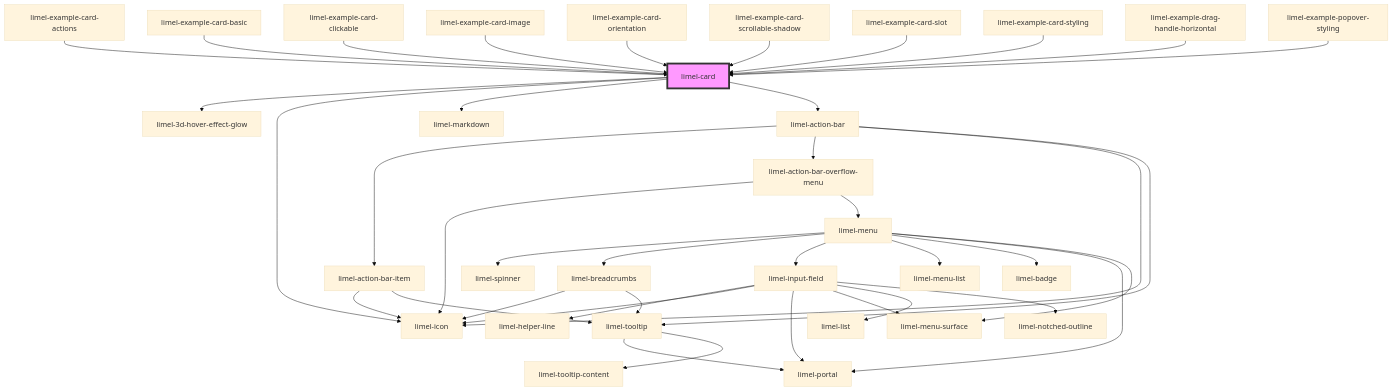
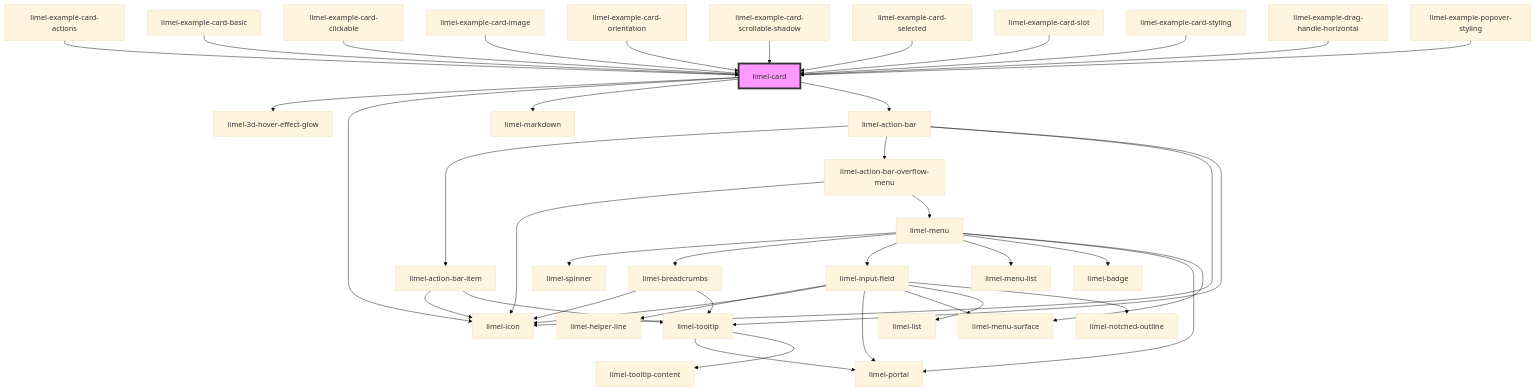
Before and after one commit to Lundalogik/lime-elements: the diagram in versions/PR-3818/markdown-docs/components/card/readme.md, drawn with Mermaid (base theme). The commit also changed other lines of this file and 455 other files, not shown here.

````diff
--- a/versions/PR-3818/markdown-docs/components/card/readme.md
+++ b/versions/PR-3818/markdown-docs/components/card/readme.md
@@ -55,43 +57,44 @@
 ```mermaid
 graph TD;
   limel-card --> limel-3d-hover-effect-glow
   limel-card --> limel-icon
   limel-card --> limel-markdown
   limel-card --> limel-action-bar
   limel-action-bar --> limel-action-bar-item
   limel-action-bar --> limel-action-bar-overflow-menu
   limel-action-bar --> limel-icon
   limel-action-bar --> limel-tooltip
   limel-action-bar-item --> limel-icon
   limel-action-bar-item --> limel-tooltip
   limel-tooltip --> limel-portal
   limel-tooltip --> limel-tooltip-content
   limel-action-bar-overflow-menu --> limel-icon
   limel-action-bar-overflow-menu --> limel-menu
   limel-menu --> limel-spinner
   limel-menu --> limel-breadcrumbs
   limel-menu --> limel-input-field
   limel-menu --> limel-menu-list
   limel-menu --> limel-badge
   limel-menu --> limel-portal
   limel-menu --> limel-menu-surface
   limel-breadcrumbs --> limel-icon
   limel-breadcrumbs --> limel-tooltip
   limel-input-field --> limel-helper-line
   limel-input-field --> limel-icon
   limel-input-field --> limel-portal
   limel-input-field --> limel-menu-surface
   limel-input-field --> limel-list
   limel-input-field --> limel-notched-outline
   limel-example-card-actions --> limel-card
   limel-example-card-basic --> limel-card
   limel-example-card-clickable --> limel-card
   limel-example-card-image --> limel-card
   limel-example-card-orientation --> limel-card
   limel-example-card-scrollable-shadow --> limel-card
+  limel-example-card-selected --> limel-card
   limel-example-card-slot --> limel-card
   limel-example-card-styling --> limel-card
   limel-example-drag-handle-horizontal --> limel-card
   limel-example-popover-styling --> limel-card
   style limel-card fill:#f9f,stroke:#333,stroke-width:4px
 ```
````
